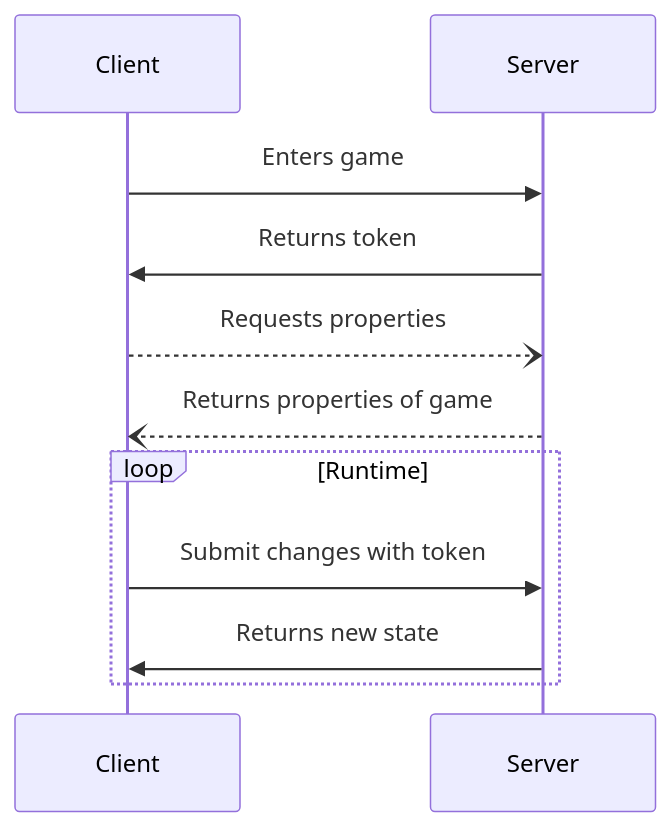
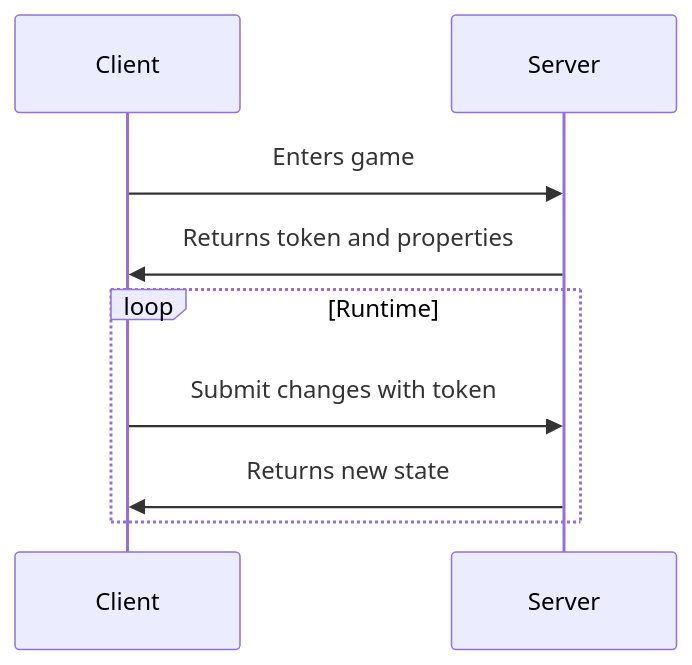
The second of 2 diagrams in README.md (seekers-dev/seekers-grpc), drawn with Mermaid before and after one commit. The commit also changed other lines of this file, not shown here.

````diff
--- a/README.md
+++ b/README.md
@@ -62,11 +65,9 @@
 ```mermaid
 sequenceDiagram
     Client->> Server: Enters game
-    Server->> Client: Returns token
-    Client--) Server: Requests properties
-    Server--) Client: Returns properties of game
+    Server->> Client: Returns token and properties
     loop Runtime
         Client->> Server: Submit changes with token
         Server->> Client: Returns new state
     end
 ```
````
